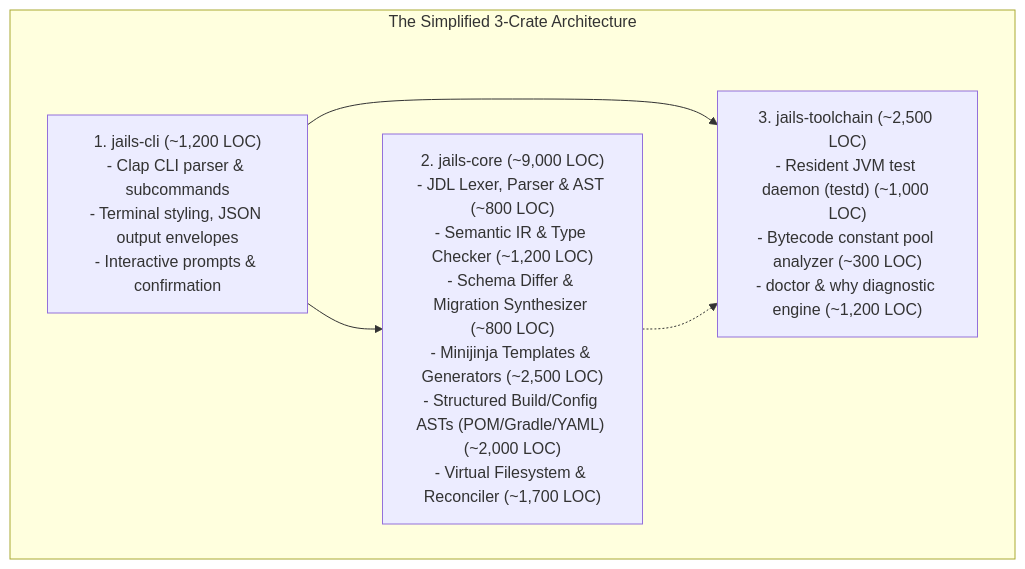
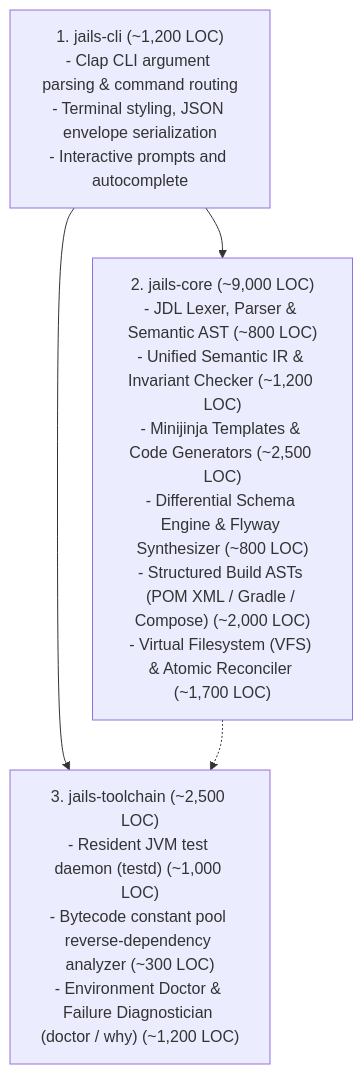
The fourth of 5 diagrams in simplify-gemini.md (laithshadeed/jails), drawn with Mermaid before and after one commit. The commit also changed other lines of this file and 4 other files, not shown here.

````diff
--- a/simplify-gemini.md
+++ b/simplify-gemini.md
@@ -404,14 +276,12 @@
 ```mermaid
 flowchart TD
-    subgraph CRATES ["The Simplified 3-Crate Architecture"]
-        CLI["1. jails-cli (~1,200 LOC)\n- Clap CLI parser & subcommands\n- Terminal styling, JSON output envelopes\n- Interactive prompts & confirmation"]
-        
-        CORE["2. jails-core (~9,000 LOC)\n- JDL Lexer, Parser & AST (~800 LOC)\n- Semantic IR & Type Checker (~1,200 LOC)\n- Schema Differ & Migration Synthesizer (~800 LOC)\n- Minijinja Templates & Generators (~2,500 LOC)\n- Structured Build/Config ASTs (POM/Gradle/YAML) (~2,000 LOC)\n- Virtual Filesystem & Reconciler (~1,700 LOC)"]
-        
-        TOOL["3. jails-toolchain (~2,500 LOC)\n- Resident JVM test daemon (testd) (~1,000 LOC)\n- Bytecode constant pool analyzer (~300 LOC)\n- doctor & why diagnostic engine (~1,200 LOC)"]
-    end
+    CLI["1. jails-cli (~1,200 LOC)\n- Clap CLI argument parsing & command routing\n- Terminal styling, JSON envelope serialization\n- Interactive prompts and autocomplete"]
+    
+    CORE["2. jails-core (~9,000 LOC)\n- JDL Lexer, Parser & Semantic AST (~800 LOC)\n- Unified Semantic IR & Invariant Checker (~1,200 LOC)\n- Minijinja Templates & Code Generators (~2,500 LOC)\n- Differential Schema Engine & Flyway Synthesizer (~800 LOC)\n- Structured Build ASTs (POM XML / Gradle / Compose) (~2,000 LOC)\n- Virtual Filesystem (VFS) & Atomic Reconciler (~1,700 LOC)"]
+    
+    TOOL["3. jails-toolchain (~2,500 LOC)\n- Resident JVM test daemon (testd) (~1,000 LOC)\n- Bytecode constant pool reverse-dependency analyzer (~300 LOC)\n- Environment Doctor & Failure Diagnostician (doctor / why) (~1,200 LOC)"]
 
     CLI --> CORE
     CLI --> TOOL
     CORE -.-> TOOL
 ```
````
